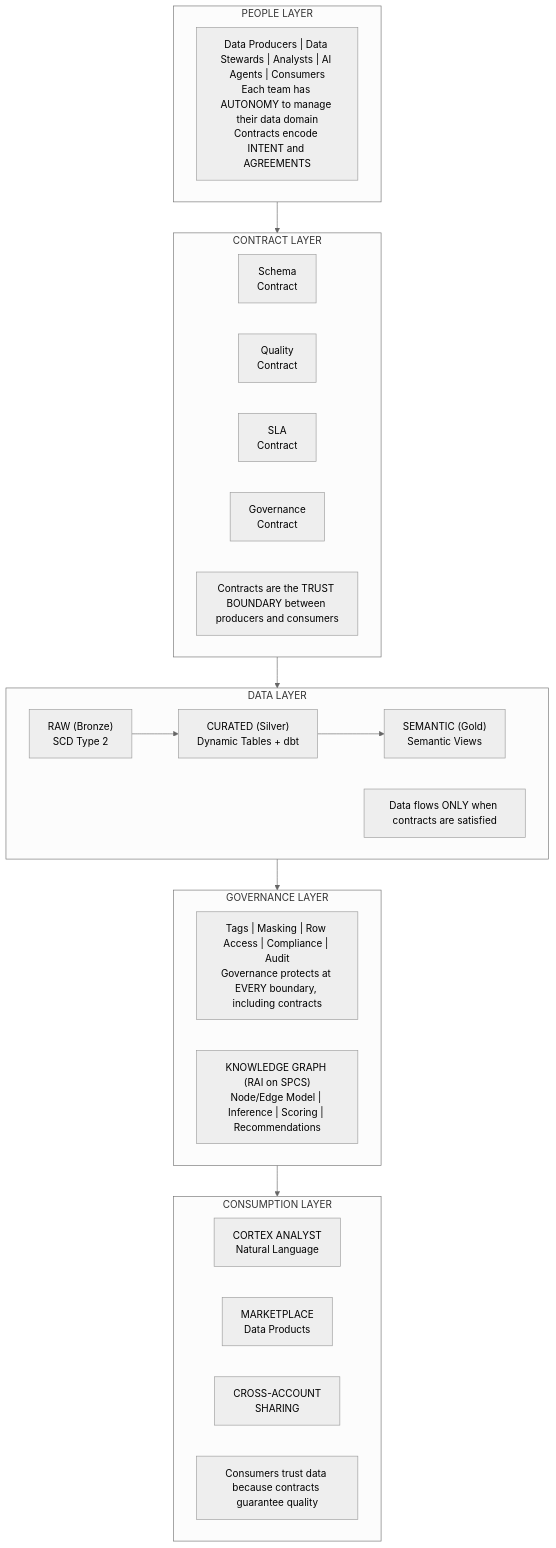
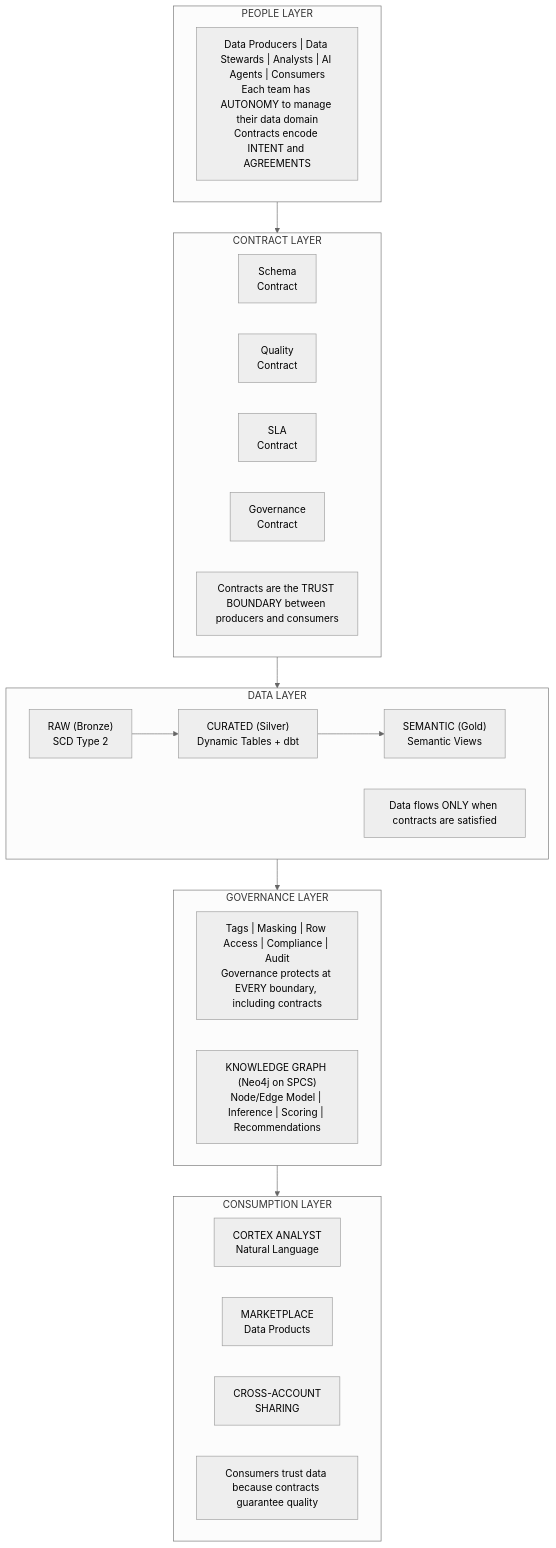
The seventh of 9 diagrams in docs/ARCHITECTURE.md (sfc-gh-smitchener-1/snowflake-dca-fullstack-demo), drawn with Mermaid (neutral theme) before and after one commit. The commit also changed other lines of this file and 44 other files, not shown here.

````diff
--- a/docs/ARCHITECTURE.md
+++ b/docs/ARCHITECTURE.md
@@ -506,31 +506,31 @@
 ```mermaid
 flowchart TB
     subgraph PEOPLE["PEOPLE LAYER"]
         P["Data Producers | Data Stewards | Analysts | AI Agents | Consumers\nEach team has AUTONOMY to manage their data domain\nContracts encode INTENT and AGREEMENTS"]
     end
     subgraph CONTRACTS["CONTRACT LAYER"]
         C_SCHEMA["Schema\nContract"]
         C_QUALITY["Quality\nContract"]
         C_SLA["SLA\nContract"]
         C_GOV["Governance\nContract"]
         C_NOTE["Contracts are the TRUST BOUNDARY between producers and consumers"]
     end
     subgraph DATALAYER["DATA LAYER"]
         RAW["RAW (Bronze)\nSCD Type 2"]
         CURATED["CURATED (Silver)\nDynamic Tables + dbt"]
         SEMANTIC["SEMANTIC (Gold)\nSemantic Views"]
         RAW --> CURATED --> SEMANTIC
         D_NOTE["Data flows ONLY when contracts are satisfied"]
     end
     subgraph GOVERNANCE["GOVERNANCE LAYER"]
         G["Tags | Masking | Row Access | Compliance | Audit\nGovernance protects at EVERY boundary, including contracts"]
-        KG["KNOWLEDGE GRAPH (RAI on SPCS)\nNode/Edge Model | Inference | Scoring | Recommendations"]
+        KG["KNOWLEDGE GRAPH (Neo4j on SPCS)\nNode/Edge Model | Inference | Scoring | Recommendations"]
     end
     subgraph CONSUMPTION["CONSUMPTION LAYER"]
         CORTEX["CORTEX ANALYST\nNatural Language"]
         MARKET["MARKETPLACE\nData Products"]
         SHARING["CROSS-ACCOUNT\nSHARING"]
         CON_NOTE["Consumers trust data because contracts guarantee quality"]
     end
     PEOPLE --> CONTRACTS --> DATALAYER --> GOVERNANCE --> CONSUMPTION
 ```
````
